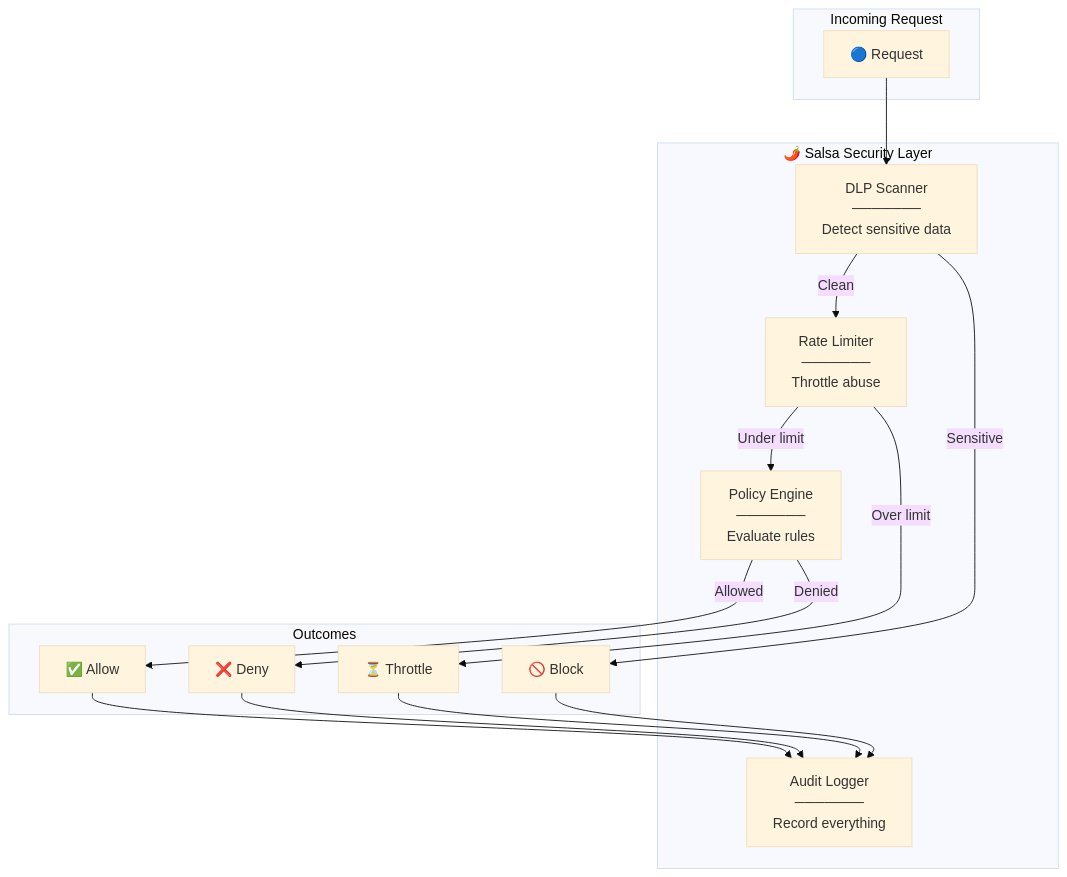
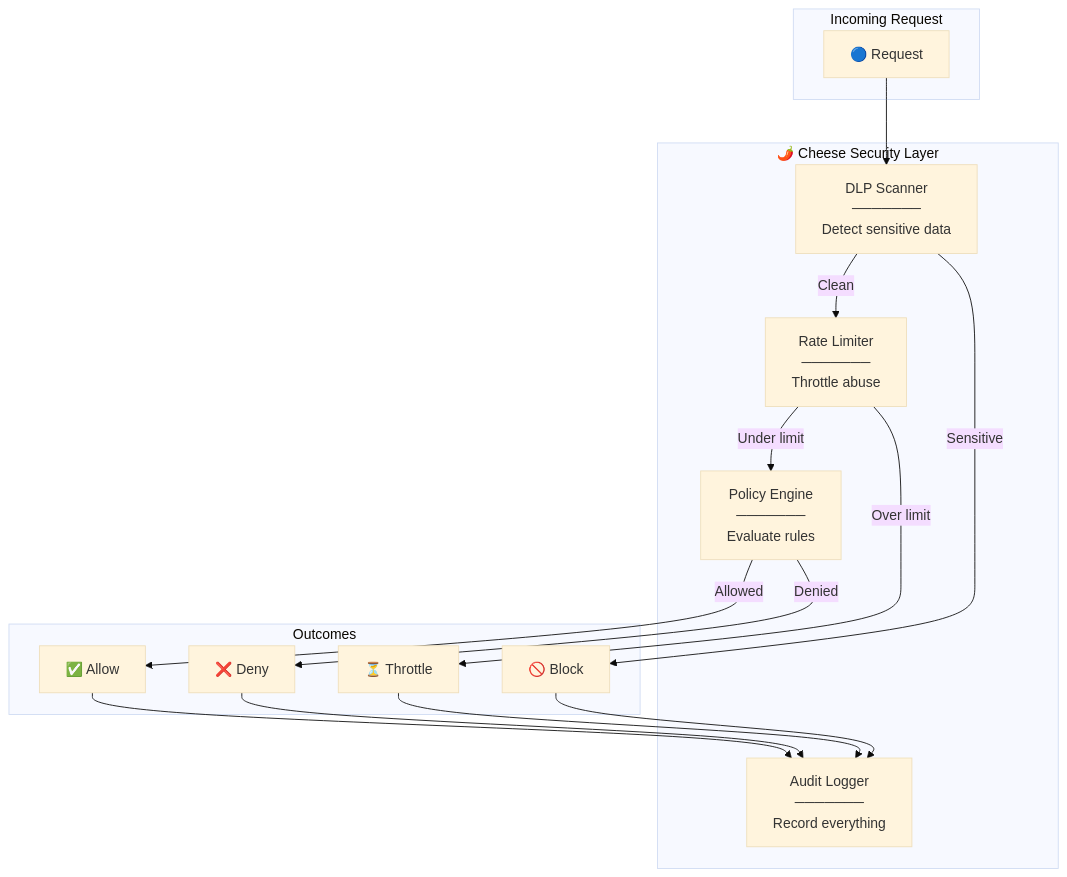
Before and after one commit to Nacho-Labs-LLC/nachos: the fourth of 10 diagrams in diagrams/architecture-diagrams.md, drawn with Mermaid. The commit also changed other lines of this file and 87 other files, not shown here.

````diff
--- a/diagrams/architecture-diagrams.md
+++ b/diagrams/architecture-diagrams.md
@@ -155,37 +155,37 @@
 ```mermaid
 %%{init: {'theme': 'base'}}%%
 
 flowchart TD
     subgraph Request["Incoming Request"]
         req["🔵 Request"]
     end
 
-    subgraph Salsa["🌶️ Salsa Security Layer"]
+    subgraph Cheese["🌶️ Cheese Security Layer"]
         dlp["DLP Scanner<br/>───────<br/>Detect sensitive data"]
         rate["Rate Limiter<br/>───────<br/>Throttle abuse"]
         policy["Policy Engine<br/>───────<br/>Evaluate rules"]
         audit["Audit Logger<br/>───────<br/>Record everything"]
     end
 
     subgraph Outcomes["Outcomes"]
         allow["✅ Allow"]
         deny["❌ Deny"]
         throttle["⏳ Throttle"]
         block["🚫 Block"]
     end
 
     req --> dlp
     dlp -->|Clean| rate
     dlp -->|Sensitive| block
 
     rate -->|Under limit| policy
     rate -->|Over limit| throttle
 
     policy -->|Allowed| allow
     policy -->|Denied| deny
 
     allow --> audit
     deny --> audit
     throttle --> audit
     block --> audit
 ```
````
